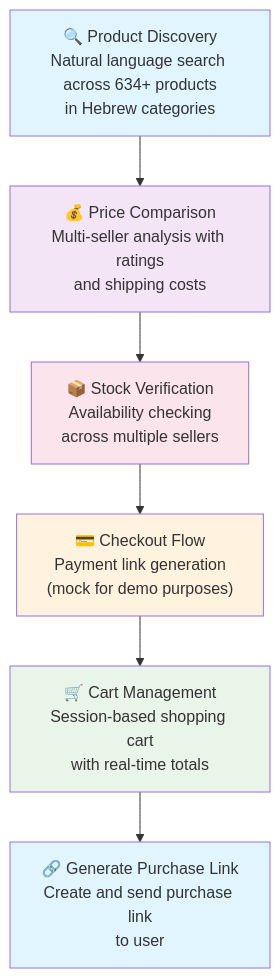
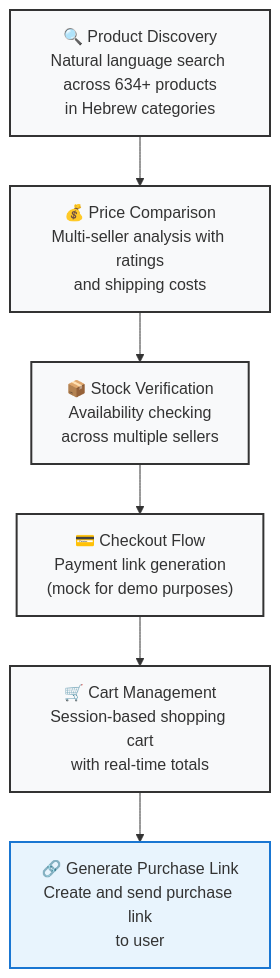
Before and after one commit to tamirblu/Zap-Assignment: the diagram in README.md, drawn with Mermaid.

Commit message:
- Modified payment link generation logic to clear the cart after a payment link is created, ensuring a clean state for subsequent transactions.

````diff
--- a/README.md
+++ b/README.md
@@ -17,19 +17,19 @@
 ```mermaid
 flowchart TD
     A["🔍 Product Discovery<br/>Natural language search across 634+ products<br/>in Hebrew categories"] --> B["💰 Price Comparison<br/>Multi-seller analysis with ratings<br/>and shipping costs"]
     
     B --> C["📦 Stock Verification<br/>Availability checking<br/>across multiple sellers"]
     
     C --> D["💳 Checkout Flow<br/>Payment link generation<br/>(mock for demo purposes)"]
     
     D --> E["🛒 Cart Management<br/>Session-based shopping cart<br/>with real-time totals"]
     
     E --> F["🔗 Generate Purchase Link<br/>Create and send purchase link<br/>to user"]
     
-    style A fill:#e1f5fe
-    style B fill:#f3e5f5
-    style C fill:#fce4ec
-    style D fill:#fff3e0
-    style E fill:#e8f5e8
-    style F fill:#e1f5fe
+    style A fill:#f8f9fa,stroke:#333,stroke-width:2px
+    style B fill:#f8f9fa,stroke:#333,stroke-width:2px
+    style C fill:#f8f9fa,stroke:#333,stroke-width:2px
+    style D fill:#f8f9fa,stroke:#333,stroke-width:2px
+    style E fill:#f8f9fa,stroke:#333,stroke-width:2px
+    style F fill:#e8f4fd,stroke:#1976d2,stroke-width:2px
 ```
````
